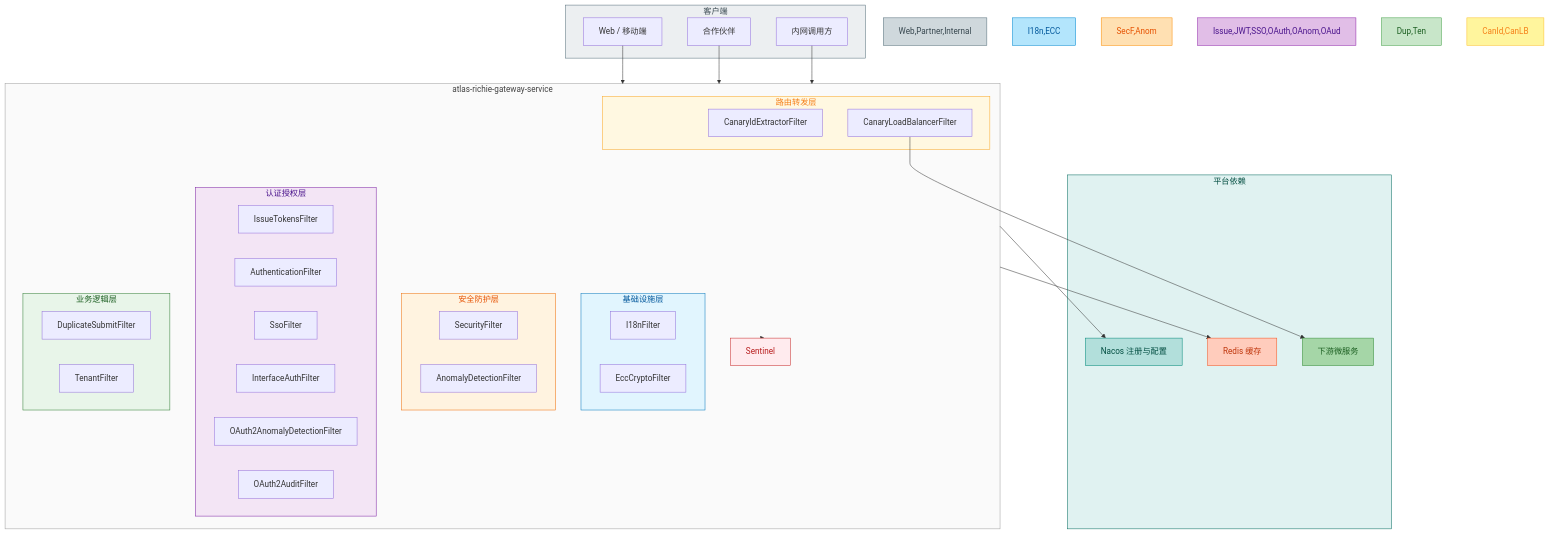
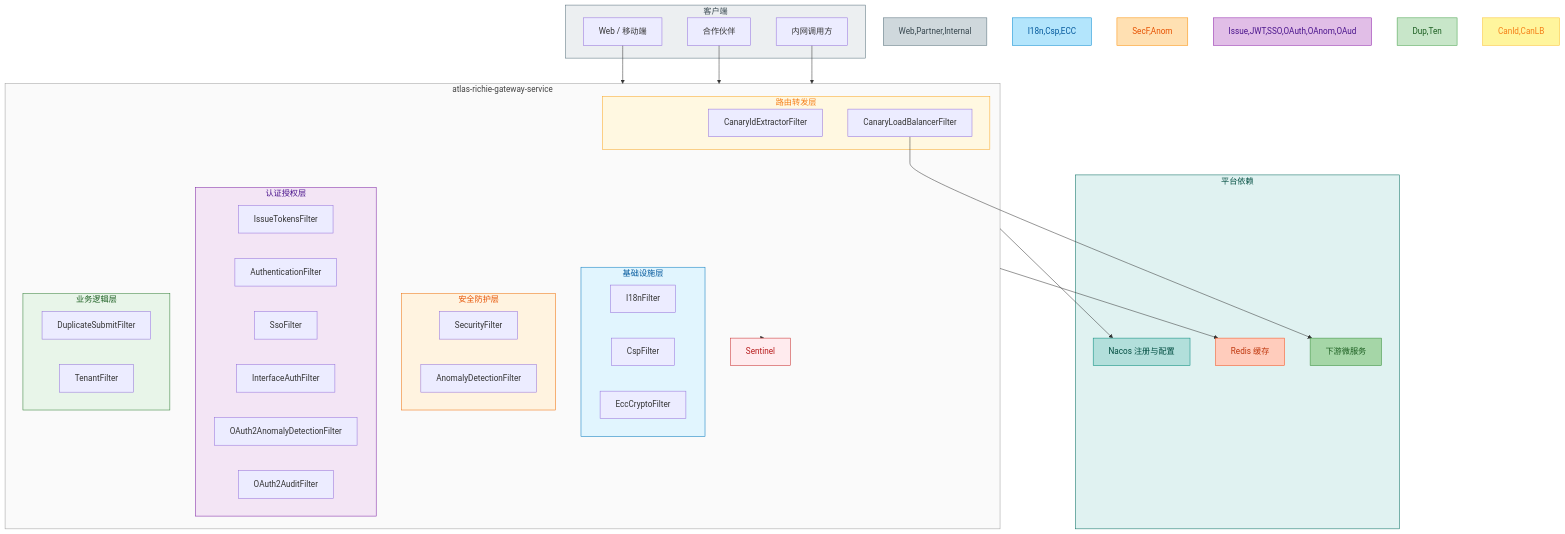
One commit to richie696/atlas-richie-platform changed the first of 3 diagrams in atlas-richie-gateway-service/README.zh.md. Above: the diagram before and after it, drawn with Mermaid. The commit also changed other lines of this file and 18 other files, not shown here.

````diff
--- a/atlas-richie-gateway-service/README.zh.md
+++ b/atlas-richie-gateway-service/README.zh.md
@@ -114,69 +115,70 @@
 ```mermaid
 flowchart TB
     subgraph Clients["客户端"]
         Web[Web / 移动端]
         Partner[合作伙伴]
         Internal[内网调用方]
     end
 
     subgraph GW["atlas-richie-gateway-service"]
-        subgraph Infra["基础设施层"]
-            I18n[I18nFilter]
-            ECC[EccCryptoFilter]
-        end
+    subgraph Infra["基础设施层"]
+        I18n[I18nFilter]
+        Csp[CspFilter]
+        ECC[EccCryptoFilter]
+    end
         subgraph Sec["安全防护层"]
             SecF[SecurityFilter]
             Anom[AnomalyDetectionFilter]
         end
         subgraph Auth["认证授权层"]
             Issue[IssueTokensFilter]
             JWT[AuthenticationFilter]
             SSO[SsoFilter]
             OAuth[InterfaceAuthFilter]
             OAnom[OAuth2AnomalyDetectionFilter]
             OAud[OAuth2AuditFilter]
         end
         subgraph Biz["业务逻辑层"]
             Dup[DuplicateSubmitFilter]
             Ten[TenantFilter]
         end
         subgraph Route["路由转发层"]
             CanId[CanaryIdExtractorFilter]
             CanLB[CanaryLoadBalancerFilter]
         end
         Sentinel[Sentinel]
     end
 
     subgraph Platform["平台依赖"]
         Nacos[Nacos 注册与配置]
         Redis[Redis 缓存]
         Svc[下游微服务]
     end
 
     Web --> GW
     Partner --> GW
     Internal --> GW
     GW --> Sentinel
     GW --> Nacos
     GW --> Redis
     CanLB --> Svc
 
     style Clients fill:#eceff1,stroke:#546e7a,color:#37474f
     style GW fill:#fafafa,stroke:#9e9e9e,color:#424242
     style Infra fill:#e1f5fe,stroke:#0277bd,color:#01579b
     style Sec fill:#fff3e0,stroke:#ef6c00,color:#e65100
     style Auth fill:#f3e5f5,stroke:#7b1fa2,color:#4a148c
     style Biz fill:#e8f5e9,stroke:#2e7d32,color:#1b5e20
     style Route fill:#fff8e1,stroke:#f9a825,color:#f57f17
     style Platform fill:#e0f2f1,stroke:#00695c,color:#004d40
     style Sentinel fill:#ffebee,stroke:#c62828,color:#b71c1c
     style Web,Partner,Internal fill:#cfd8dc,stroke:#546e7a,color:#37474f
-    style I18n,ECC fill:#b3e5fc,stroke:#0288d1,color:#01579b
+    style I18n,Csp,ECC fill:#b3e5fc,stroke:#0288d1,color:#01579b
     style SecF,Anom fill:#ffe0b2,stroke:#fb8c00,color:#e65100
     style Issue,JWT,SSO,OAuth,OAnom,OAud fill:#e1bee7,stroke:#8e24aa,color:#4a148c
     style Dup,Ten fill:#c8e6c9,stroke:#43a047,color:#1b5e20
     style CanId,CanLB fill:#fff59d,stroke:#fbc02d,color:#f57f17
     style Nacos fill:#b2dfdb,stroke:#00897b,color:#004d40
     style Redis fill:#ffccbc,stroke:#f4511e,color:#bf360c
     style Svc fill:#a5d6a7,stroke:#388e3c,color:#1b5e20
 ```
````
